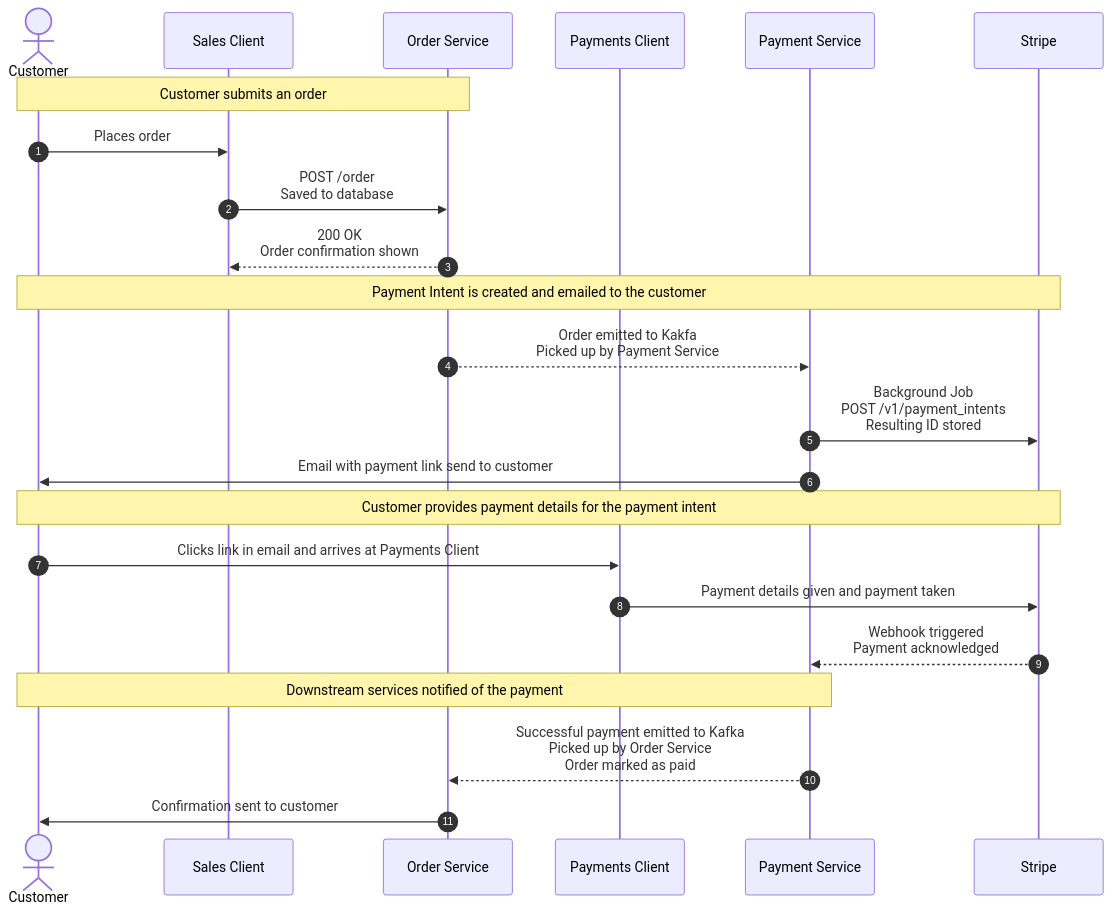
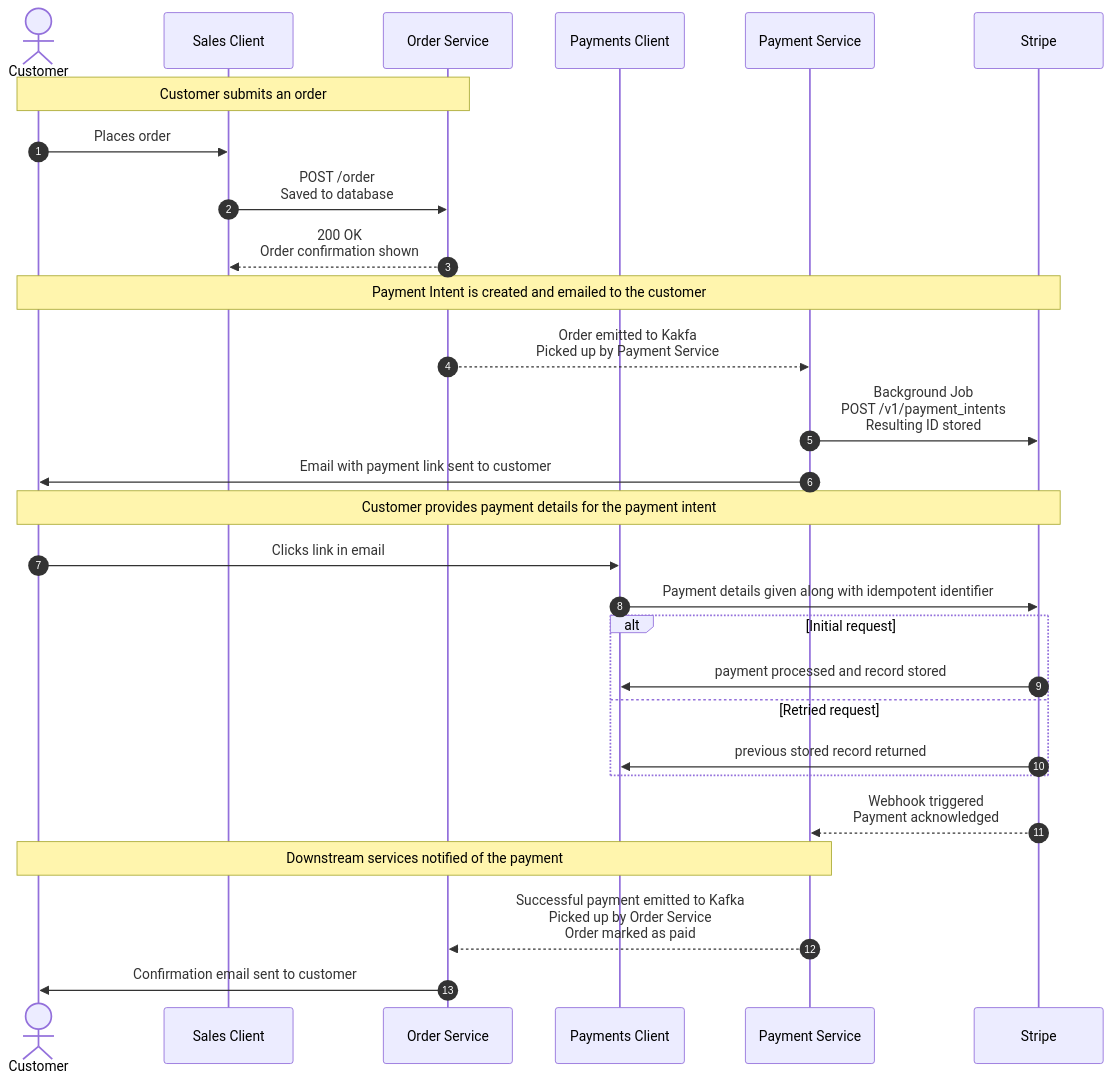
Before and after one commit to anthonyhastings/mermaid-diagrams: the sixth of 10 diagrams in README.md, drawn with Mermaid. The commit also changed other lines of this file, not shown here.

Commit message:
Adding alt block in sequence diagram

````diff
--- a/README.md
+++ b/README.md
@@ -178,34 +182,39 @@
 ```mermaid
 sequenceDiagram
   autonumber
 
   actor C as Customer
   participant SC as Sales Client
   participant OS as Order Service
   participant PC as Payments Client
   participant PS as Payment Service
   participant S as Stripe
 
   %% Order placed
   Note over C,OS: Customer submits an order
   C ->> SC: Places order
   SC ->> OS: POST /order<br>Saved to database
   OS -->> SC: 200 OK<br>Order confirmation shown
 
   %% Payment intent created and email sent
   Note over C,S: Payment Intent is created and emailed to the customer
   OS -->> PS: Order emitted to Kakfa<br>Picked up by Payment Service
   PS ->> S: Background Job<br>POST /v1/payment_intents<br>Resulting ID stored
-  PS ->> C: Email with payment link send to customer
+  PS ->> C: Email with payment link sent to customer
 
   %% User pays for order
   Note over C,S: Customer provides payment details for the payment intent
-  C ->> PC: Clicks link in email and arrives at Payments Client
-  PC ->> S: Payment details given and payment taken
+  C ->> PC: Clicks link in email
+  PC ->> S: Payment details given along with idempotent identifier
+  alt Initial request
+    S ->> PC: payment processed and record stored
+  else Retried request
+    S ->> PC: previous stored record returned
+  end
   S -->> PS: Webhook triggered<br>Payment acknowledged
 
   %% Order updated and confirmation given
   Note over C,PS: Downstream services notified of the payment
   PS -->> OS: Successful payment emitted to Kafka<br>Picked up by Order Service<br>Order marked as paid
-  OS ->> C: Confirmation sent to customer
+  OS ->> C: Confirmation email sent to customer
 ```
````
